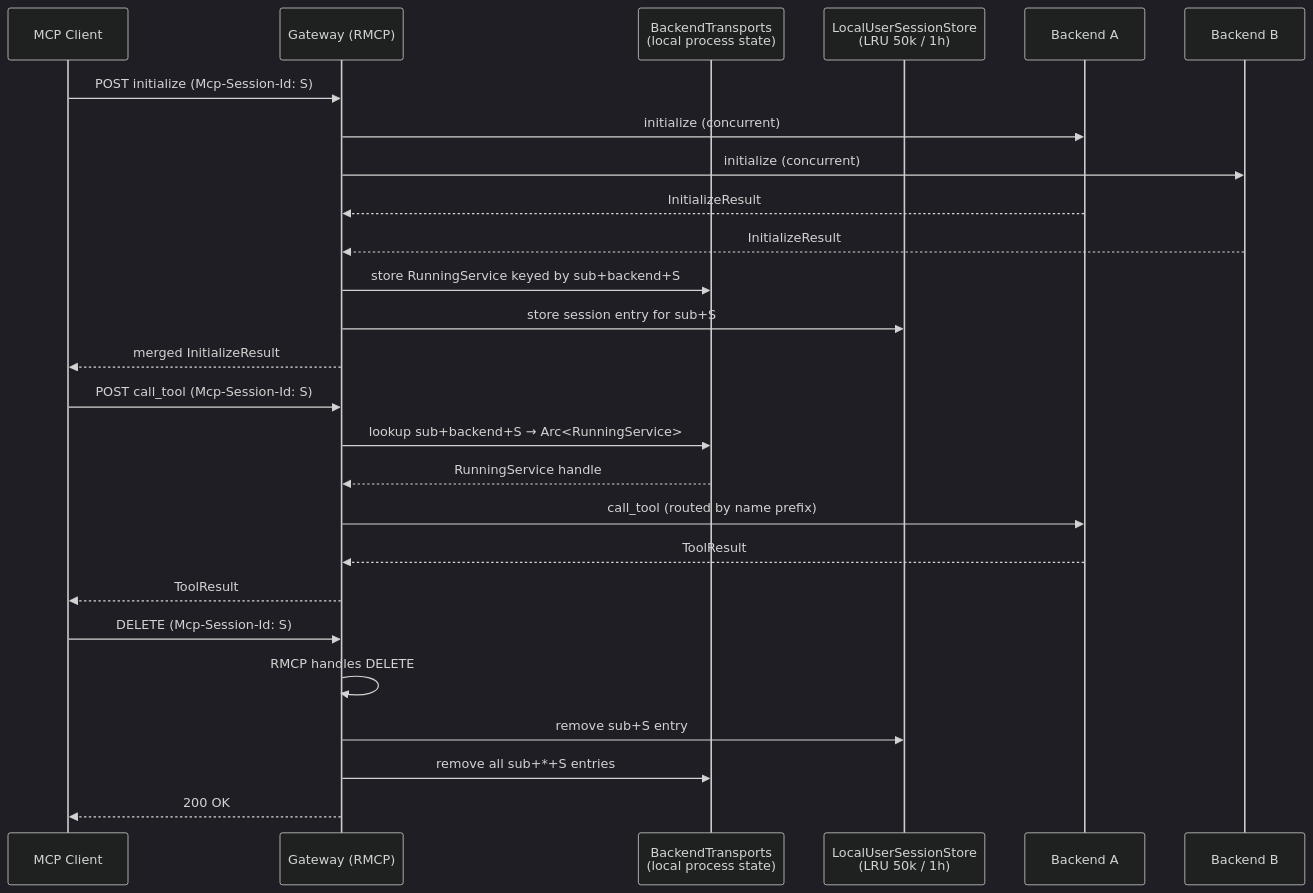
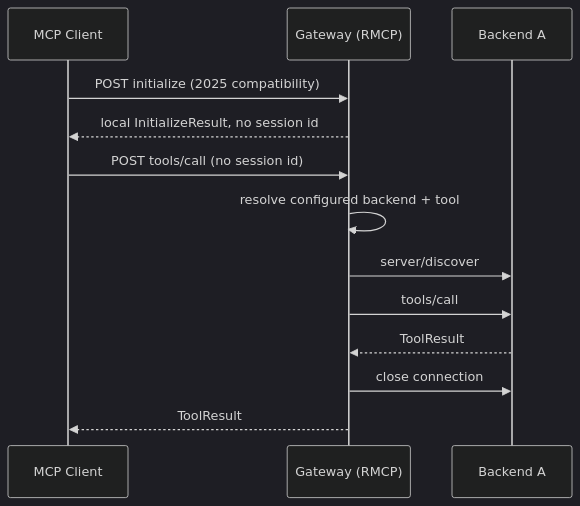
One commit to contextforge-gateway-rs/contextforge-gateway-rs changed the diagram in _context/wiki/routing.md. Above: the diagram before and after it, drawn with Mermaid (dark theme). The commit also changed other lines of this file and 10 other files, not shown here.

````diff
--- a/_context/wiki/routing.md
+++ b/_context/wiki/routing.md
@@ -71,31 +53,17 @@
 ```mermaid
 sequenceDiagram
     participant C as MCP Client
     participant GW as Gateway (RMCP)
-    participant BT as BackendTransports<br/>(local process state)
-    participant LU as LocalUserSessionStore<br/>(LRU 50k / 1h)
     participant BA as Backend A
-    participant BB as Backend B
 
-    C->>GW: POST initialize (Mcp-Session-Id: S)
-    GW->>BA: initialize (concurrent)
-    GW->>BB: initialize (concurrent)
-    BA-->>GW: InitializeResult
-    BB-->>GW: InitializeResult
-    GW->>BT: store RunningService keyed by sub+backend+S
-    GW->>LU: store session entry for sub+S
-    GW-->>C: merged InitializeResult
+    C->>GW: POST initialize (2025 compatibility)
+    GW-->>C: local InitializeResult, no session id
 
-    C->>GW: POST call_tool (Mcp-Session-Id: S)
-    GW->>BT: lookup sub+backend+S → Arc<RunningService>
-    BT-->>GW: RunningService handle
-    GW->>BA: call_tool (routed by name prefix)
+    C->>GW: POST tools/call (no session id)
+    GW->>GW: resolve configured backend + tool
+    GW->>BA: server/discover
+    GW->>BA: tools/call
     BA-->>GW: ToolResult
+    GW->>BA: close connection
     GW-->>C: ToolResult
-
-    C->>GW: DELETE (Mcp-Session-Id: S)
-    GW->>GW: RMCP handles DELETE
-    GW->>LU: remove sub+S entry
-    GW->>BT: remove all sub+*+S entries
-    GW-->>C: 200 OK
 ```
````
